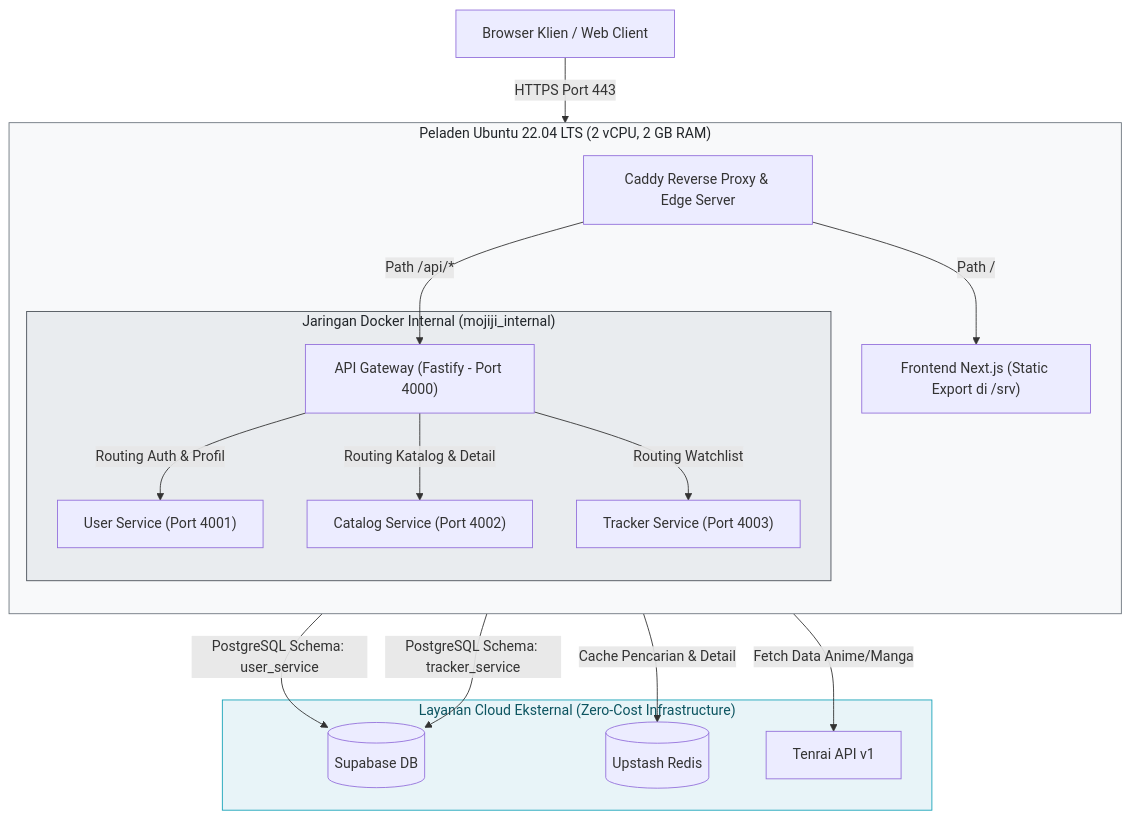
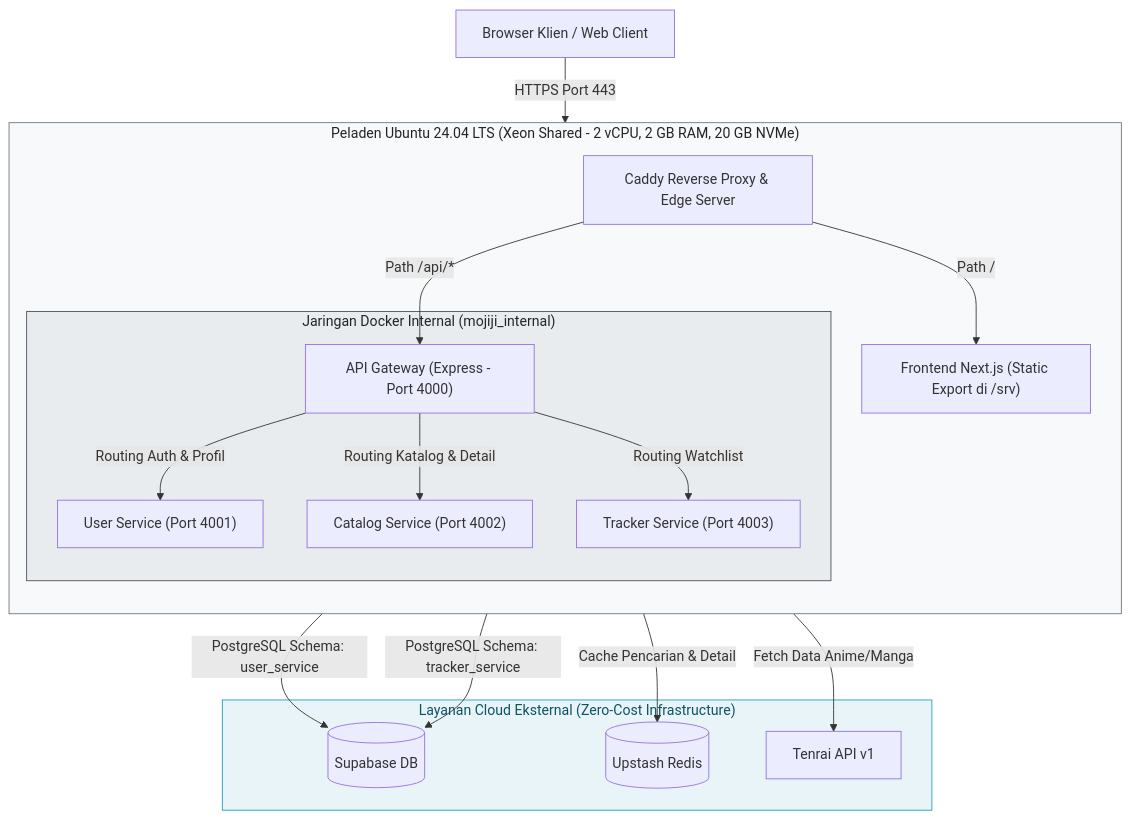
The diagram in README.md (aji-banyu/mojiji-animelist), drawn with Mermaid before and after one commit. The commit also changed other lines of this file and 22 other files, not shown here.

Commit message:
docs(infra): adaptasi arsitektur vps xeon shared dan pembersihan dokumentasi [MJ-091]

````diff
--- a/README.md
+++ b/README.md
@@ -58,27 +58,27 @@
 ```mermaid
 flowchart TD
     Client[Browser Klien / Web Client] -->|HTTPS Port 443| Caddy[Caddy Reverse Proxy & Edge Server]
     
-    subgraph HostVPS["Peladen Ubuntu 22.04 LTS (2 vCPU, 2 GB RAM)"]
+    subgraph HostVPS["Peladen Ubuntu 24.04 LTS (Xeon Shared - 2 vCPU, 2 GB RAM, 20 GB NVMe)"]
         direction TB
         Caddy -->|Path /| StaticWeb["Frontend Next.js (Static Export di /srv)"]
-        Caddy -->|Path /api/*| APIGateway["API Gateway (Fastify - Port 4000)"]
+        Caddy -->|Path /api/*| APIGateway["API Gateway (Express - Port 4000)"]
         
         subgraph InternalNetwork["Jaringan Docker Internal (mojiji_internal)"]
             APIGateway -->|Routing Auth & Profil| UserService["User Service (Port 4001)"]
             APIGateway -->|Routing Katalog & Detail| CatalogService["Catalog Service (Port 4002)"]
             APIGateway -->|Routing Watchlist| TrackerService["Tracker Service (Port 4003)"]
         end
     end
 
     subgraph CloudFreeTier["Layanan Cloud Eksternal (Zero-Cost Infrastructure)"]
         UserService -->|PostgreSQL Schema: user_service| Supabase[(Supabase DB)]
         TrackerService -->|PostgreSQL Schema: tracker_service| Supabase
         CatalogService -->|Cache Pencarian & Detail| Upstash[(Upstash Redis)]
         CatalogService -->|Fetch Data Anime/Manga| TenraiAPI[Tenrai API v1]
     end
 
     style HostVPS fill:#f8f9fa,stroke:#6c757d,color:#212529
     style InternalNetwork fill:#e9ecef,stroke:#495057,color:#212529
     style CloudFreeTier fill:#e8f4f8,stroke:#17a2b8,color:#0c5460
 ```
````
